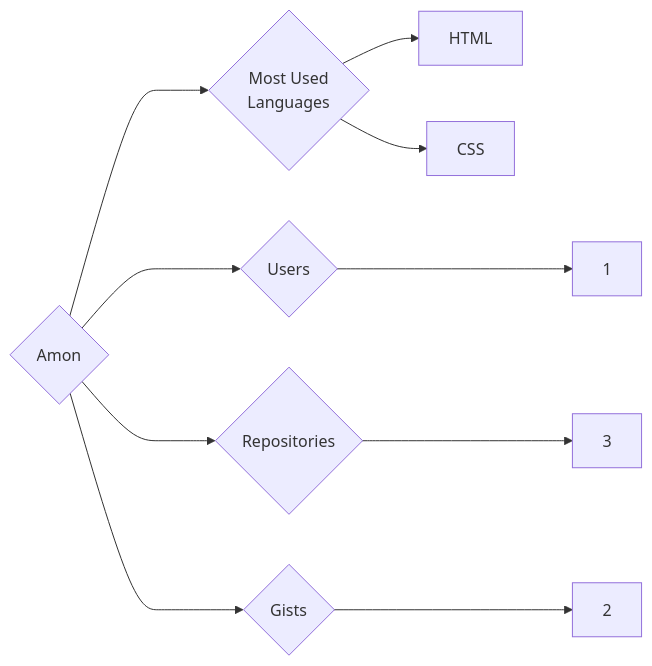
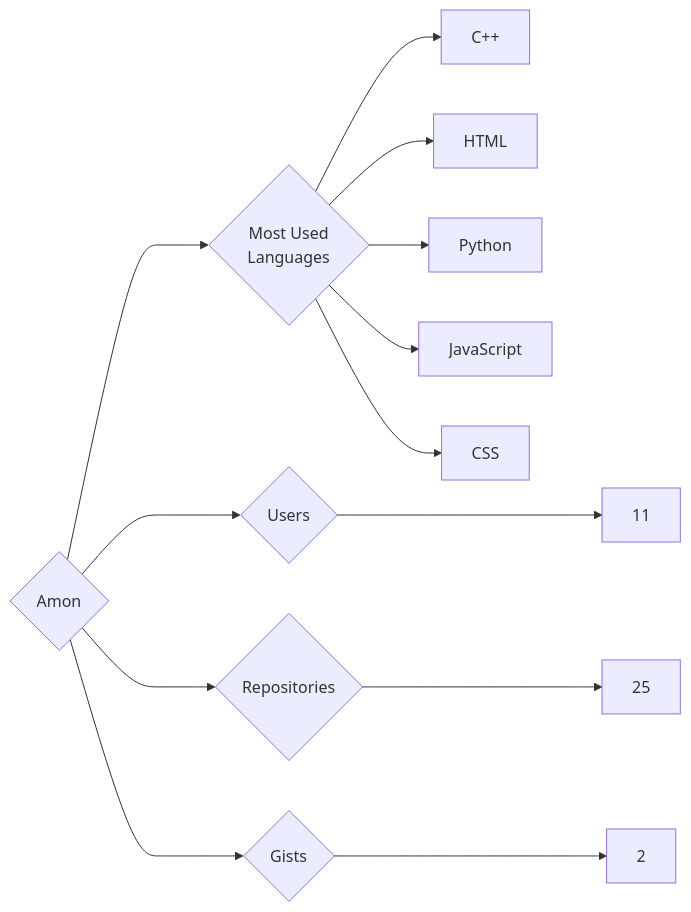
One commit to trickest/insiders changed the diagram in targets/Amon/README.md. Above: the diagram before and after it, drawn with Mermaid. The commit also changed 953 other files, not shown here.

````diff
--- a/targets/Amon/README.md
+++ b/targets/Amon/README.md
@@ -3,10 +3,13 @@
 ```mermaid
 graph LR
 COMPANY_NAME{Amon}
-COMPANY_NAME ---> U{Users} ---> UN[1]
-COMPANY_NAME ---> R{Repositories} ---> RN[3]
+COMPANY_NAME ---> U{Users} ---> UN[11]
+COMPANY_NAME ---> R{Repositories} ---> RN[25]
 COMPANY_NAME ---> G{Gists} ---> GN[2]
 COMPANY_NAME ---> ML{Most Used<br>Languages}
+ML --> C++[C++]
 ML --> HTML[HTML]
+ML --> Python[Python]
+ML --> JavaScript[JavaScript]
 ML --> CSS[CSS]
 ```
````
